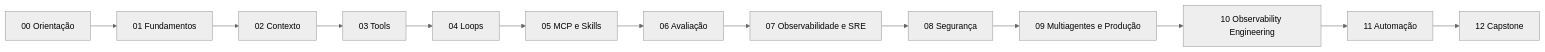
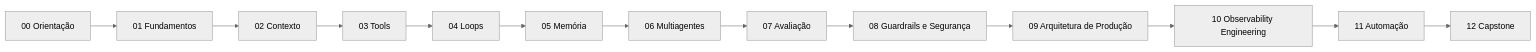
One commit to matheusflorindo32/nexus-agent-engineering-academy changed the diagram in course/README.md. Above: the diagram before and after it, drawn with Mermaid (neutral theme). The commit also changed other lines of this file, not shown here.

````diff
--- a/course/README.md
+++ b/course/README.md
@@ -12,15 +12,15 @@
 ```mermaid
 flowchart LR
     M00[00 Orientação] --> M01[01 Fundamentos]
     M01 --> M02[02 Contexto]
     M02 --> M03[03 Tools]
     M03 --> M04[04 Loops]
-    M04 --> M05[05 MCP e Skills]
-    M05 --> M06[06 Avaliação]
-    M06 --> M07[07 Observabilidade e SRE]
-    M07 --> M08[08 Segurança]
-    M08 --> M09[09 Multiagentes e Produção]
+    M04 --> M05[05 Memória]
+    M05 --> M06[06 Multiagentes]
+    M06 --> M07[07 Avaliação]
+    M07 --> M08[08 Guardrails e Segurança]
+    M08 --> M09[09 Arquitetura de Produção]
     M09 --> M10[10 Observability Engineering]
     M10 --> M11[11 Automação]
     M11 --> M12[12 Capstone]
 ```
````
